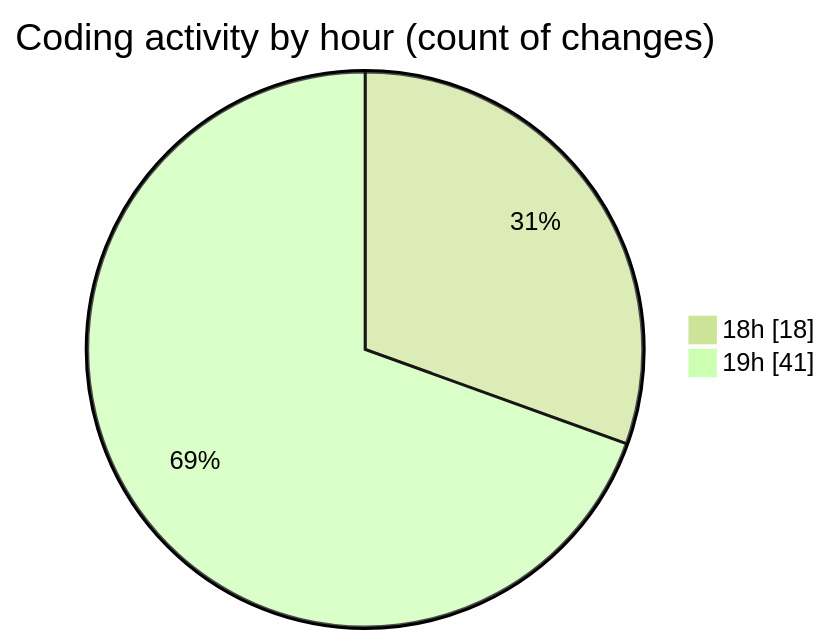
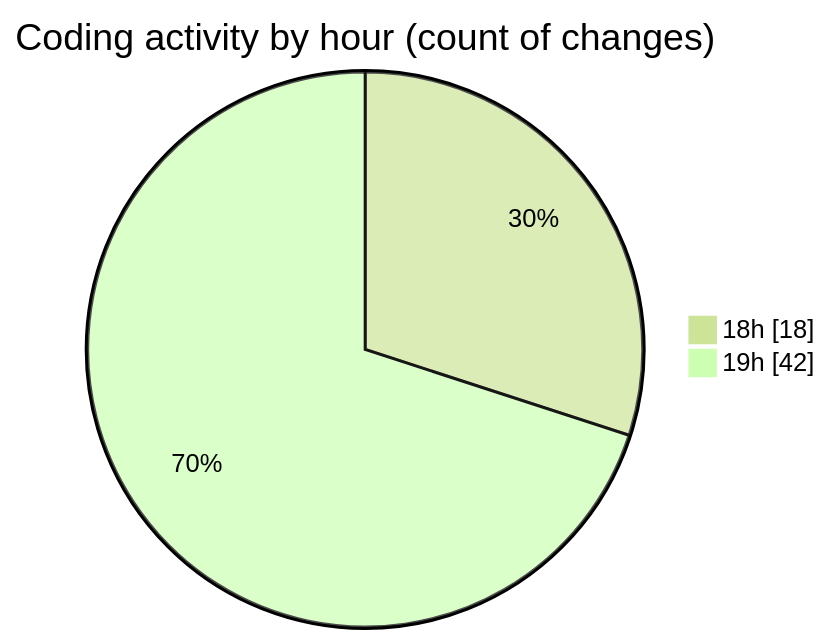
The second of 2 diagrams in 2025-01-03/my-code-activity-ext/README.md (ernivani/code-tracking), drawn with Mermaid (forest theme) before and after one commit. The commit also changed other lines of this file and 6 other files, not shown here.

````diff
--- a/2025-01-03/my-code-activity-ext/README.md
+++ b/2025-01-03/my-code-activity-ext/README.md
@@ -42,6 +44,6 @@
 ```mermaid
 pie showData
 title Coding activity by hour (count of changes)
 "18h" : 18
-"19h" : 41
+"19h" : 42
 ```
````
